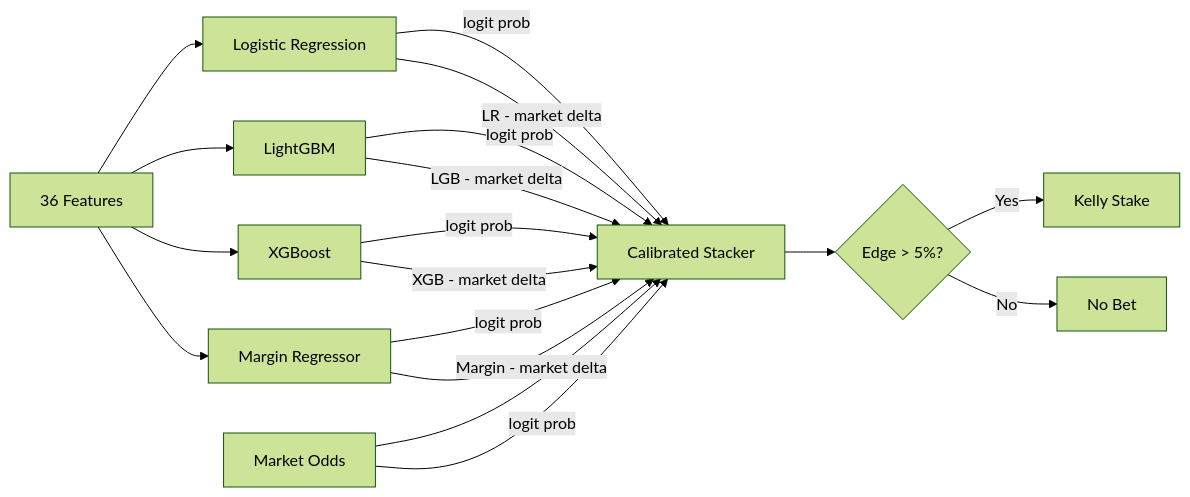
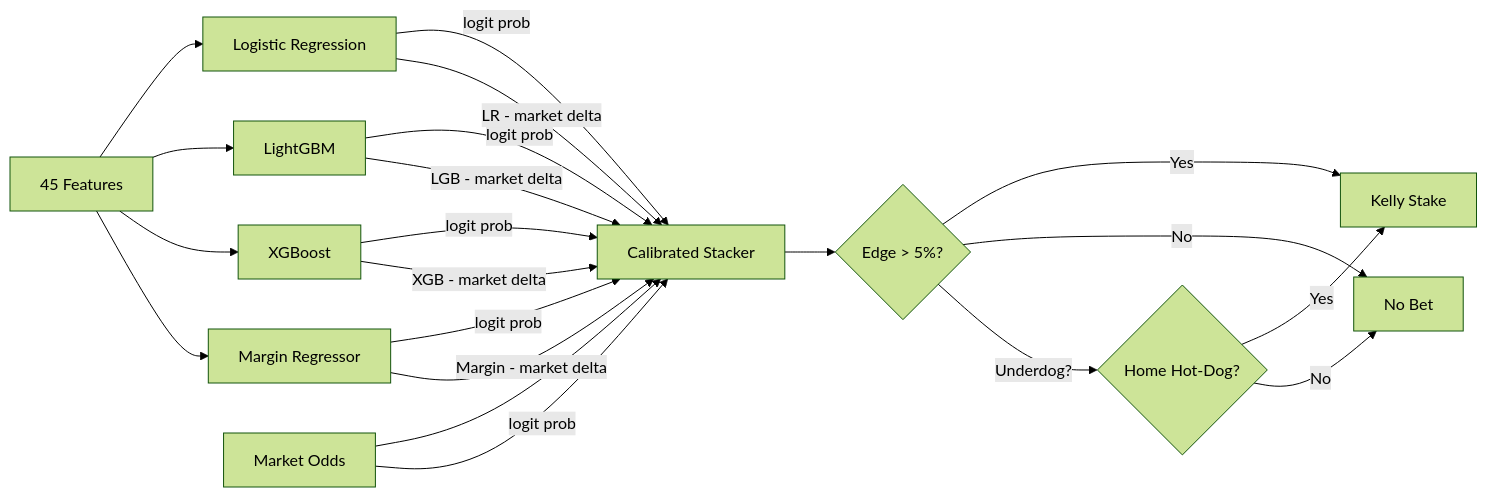
One commit to plwp/afl-betting changed the first of 2 diagrams in README.md. Above: the diagram before and after it, drawn with Mermaid (forest theme). The commit also changed other lines of this file and 15 other files, not shown here.

First line of the commit message:
v10: Add hot-dog filter, investigate line betting, ingest handicap data

````diff
--- a/README.md
+++ b/README.md
@@ -57,20 +62,23 @@
 ```mermaid
 graph LR
-    A[36 Features] --> B[Logistic Regression]
+    A[45 Features] --> B[Logistic Regression]
     A --> C[LightGBM]
     A --> X[XGBoost]
     A --> M[Margin Regressor]
     D[Market Odds] --> E[Calibrated Stacker]
     B -->|logit prob| E
     C -->|logit prob| E
     X -->|logit prob| E
     M -->|logit prob| E
     D -->|logit prob| E
     B -->|LR - market delta| E
     C -->|LGB - market delta| E
     X -->|XGB - market delta| E
     M -->|Margin - market delta| E
     E --> F{Edge > 5%?}
     F -->|Yes| G[Kelly Stake]
     F -->|No| H[No Bet]
+    F -->|Underdog?| I{Home Hot-Dog?}
+    I -->|Yes| G
+    I -->|No| H
 ```
````
